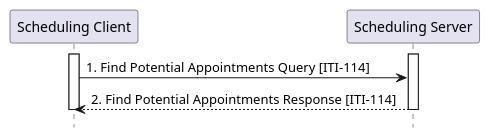
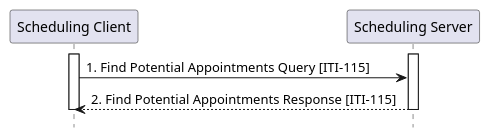
Before and after one commit to IHE/ITI.Scheduling: the diagram in input/images-source/ITI-114-seq.plantuml, drawn with PlantUML. The commit also changed 12 other files, not shown here.

```diff
--- a/input/images-source/ITI-114-seq.plantuml
+++ b/input/images-source/ITI-114-seq.plantuml
@@ -1,11 +1,11 @@
-@startuml ITI-114-seq
+@startuml ITI-115-seq
 hide footbox
 participant "Scheduling Client" as Client
 participant "Scheduling Server" as Server
 activate "Client"
 activate "Server"
-"Client" -> "Server" : 1. Find Potential Appointments Query [ITI-114]
-"Server" --> "Client" : 2. Find Potential Appointments Response [ITI-114]
+"Client" -> "Server" : 1. Find Potential Appointments Query [ITI-115]
+"Server" --> "Client" : 2. Find Potential Appointments Response [ITI-115]
 deactivate "Client"
 deactivate "Server"
 @enduml
```
